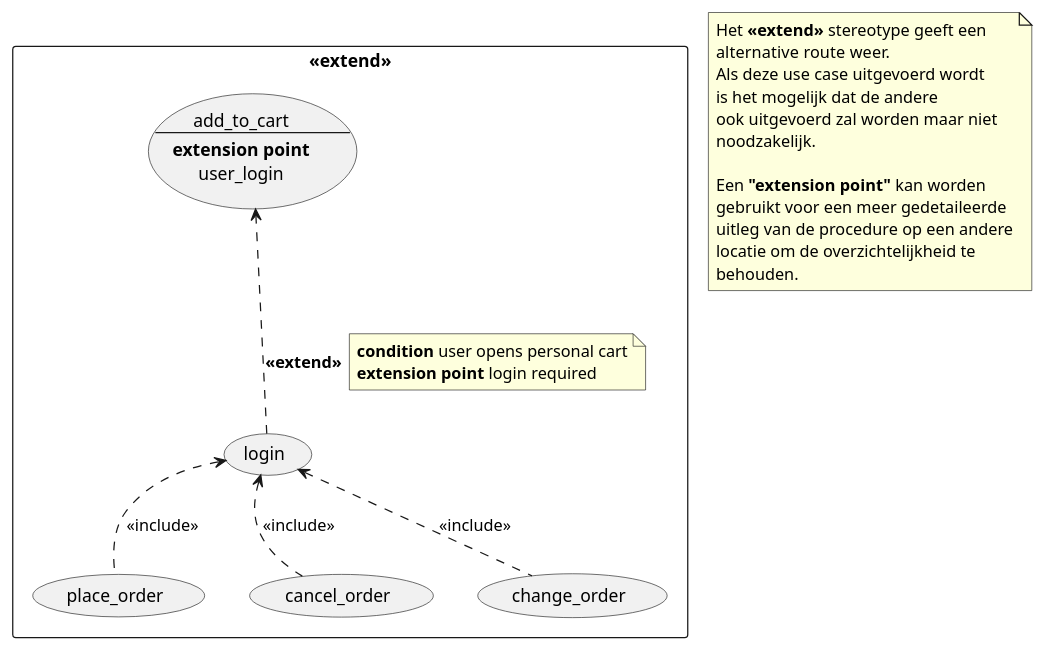
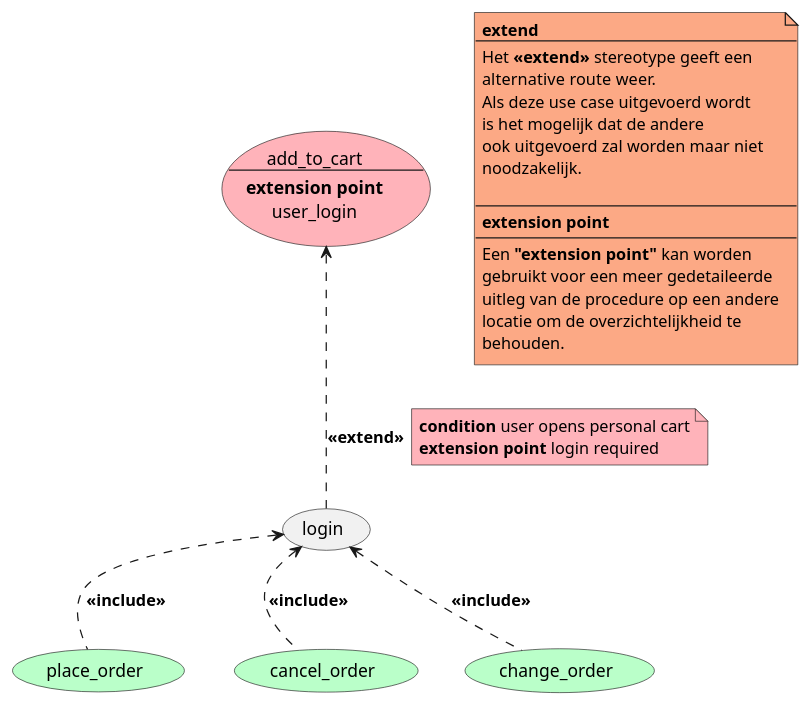
One commit to LukevLuijn/cheat_sheet_osm_mo changed the diagram in plantuml/use_case/extend.puml. Above: the diagram before and after it, drawn with PlantUML. The commit also changed 28 other files, not shown here.

Commit message:
[cheat-sheet] added colors to all diagrams #2.

```diff
--- a/plantuml/use_case/extend.puml
+++ b/plantuml/use_case/extend.puml
@@ -1,44 +1,45 @@
 @startuml
 'https://plantuml.com/use-case-diagram
 
-rectangle r1 as "<<extend>>"{
-    usecase r1_uc1 as "place_order"
-    usecase r1_uc2 as "cancel_order"
-    usecase r1_uc3 as "change_order"
-    usecase r1_uc4 as "add_to_cart
+usecase usecase1 as "place_order" #BAFFC9
+usecase usecase2 as "cancel_order" #BAFFC9
+usecase usecase3 as "change_order" #BAFFC9
+usecase usecase4 as "add_to_cart\n--\n**extension point**\nuser_login" #FFB3BA
+usecase usecase5 as "login"
+
+usecase5 <.. usecase1 : **<<include>>**
+usecase5 <.. usecase2 : **<<include>>**
+usecase5 <.. usecase3 : **<<include>>**
+usecase5 ..> usecase4 : **<<extend>>**
+note right on link #FFB3BA
+    **condition** user opens personal cart
+    **extension point** login required
+end note
+
+usecase1 -[hidden]down-> usecase5
+usecase2 -[hidden]down-> usecase5
+usecase3 -[hidden]down-> usecase5
+usecase4 -[hidden]right-> usecase5
+
+
+note as n1 #FCA985
+    **extend**
     --
-    **extension point**
-    user_login"
-    usecase r1_uc5 as "login"
-
-    r1_uc5 <.. r1_uc1 : <<include>>
-    r1_uc5 <.. r1_uc2 : <<include>>
-    r1_uc5 <.. r1_uc3 : <<include>>
-    r1_uc5 ..> r1_uc4 : **<<extend>>**
-    note right on link
-        **condition** user opens personal cart
-        **extension point** login required
-    end note
-
-    r1_uc1 -[hidden]down-> r1_uc5
-    r1_uc2 -[hidden]down-> r1_uc5
-    r1_uc3 -[hidden]down-> r1_uc5
-    r1_uc4 -[hidden]right-> r1_uc5
-}
-
-note as n1
     Het **<<extend>>** stereotype geeft een
     alternative route weer.
     Als deze use case uitgevoerd wordt
     is het mogelijk dat de andere
     ook uitgevoerd zal worden maar niet
     noodzakelijk.
 
+    --
+    **extension point**
+    --
     Een **"extension point"** kan worden
     gebruikt voor een meer gedetaileerde
     uitleg van de procedure op een andere
     locatie om de overzichtelijkheid te
     behouden.
 end note
 
 @enduml
```
